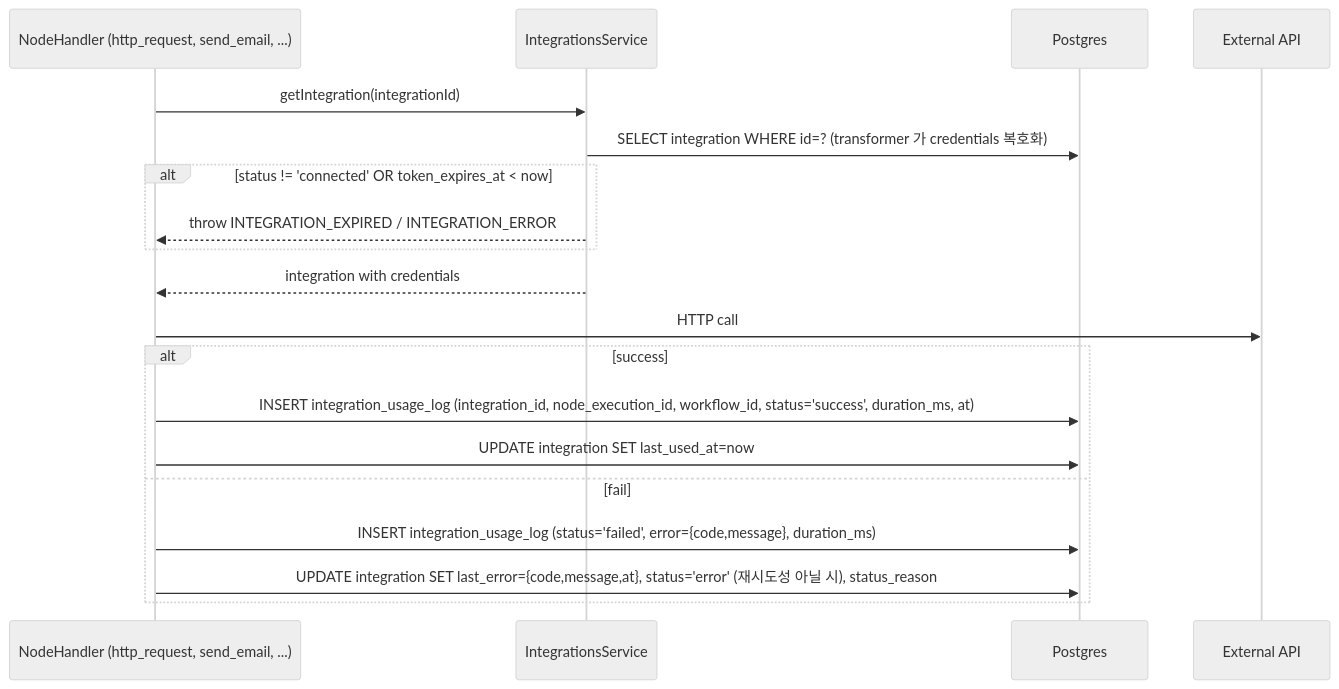
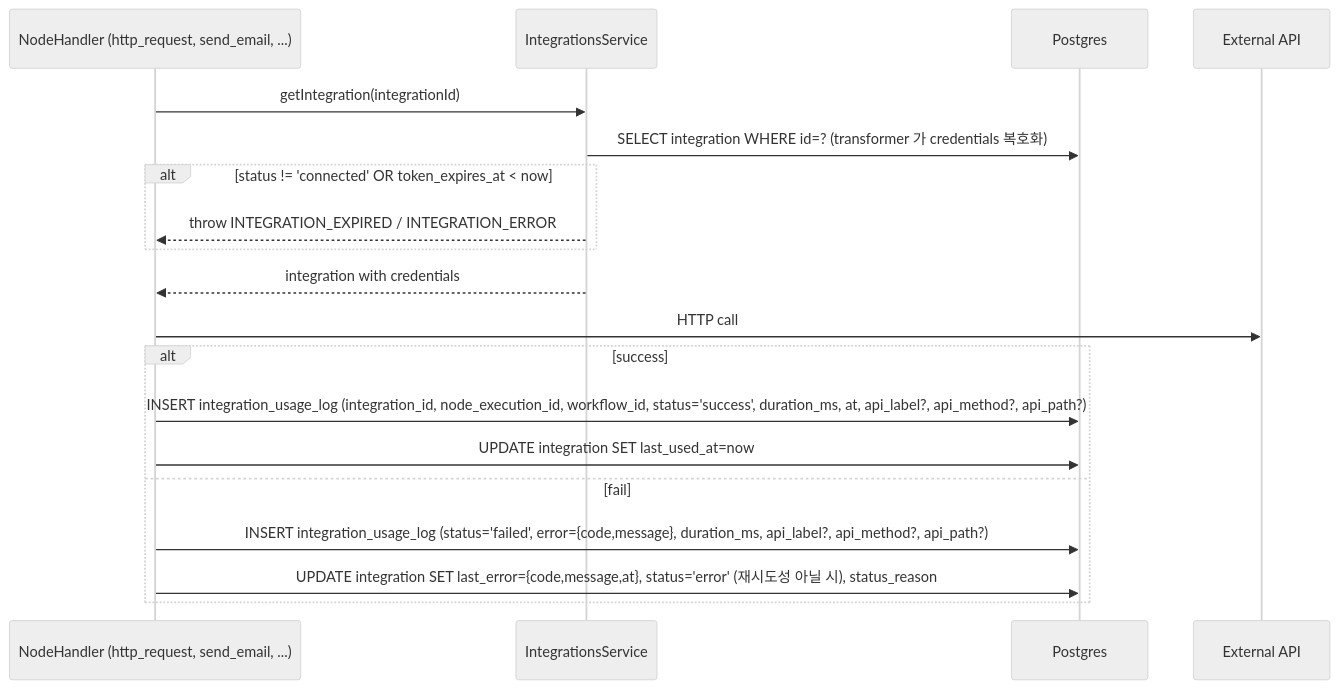
One commit to worker-ants/clemvion changed the fourth of 6 diagrams in spec/data-flow/5-integration.md. Above: the diagram before and after it, drawn with Mermaid (neutral theme). The commit also changed other lines of this file and 63 other files, not shown here.

First line of the commit message:
feat(integration): 활동 로그 API 식별 + catalog endpoint + cafe24 i18n dict (#338)

````diff
--- a/spec/data-flow/5-integration.md
+++ b/spec/data-flow/5-integration.md
@@ -105,22 +105,22 @@
 ```mermaid
 sequenceDiagram
   participant H as NodeHandler (http_request, send_email, ...)
   participant Svc as IntegrationsService
   participant PG as Postgres
   participant Ext as External API
 
   H->>Svc: getIntegration(integrationId)
   Svc->>PG: SELECT integration WHERE id=? (transformer 가 credentials 복호화)
   alt status != 'connected' OR token_expires_at < now
     Svc-->>H: throw INTEGRATION_EXPIRED / INTEGRATION_ERROR
   end
   Svc-->>H: integration with credentials
   H->>Ext: HTTP call
   alt success
-    H->>PG: INSERT integration_usage_log (integration_id, node_execution_id, workflow_id, status='success', duration_ms, at)
+    H->>PG: INSERT integration_usage_log (integration_id, node_execution_id, workflow_id, status='success', duration_ms, at, api_label?, api_method?, api_path?)
     H->>PG: UPDATE integration SET last_used_at=now
   else fail
-    H->>PG: INSERT integration_usage_log (status='failed', error={code,message}, duration_ms)
+    H->>PG: INSERT integration_usage_log (status='failed', error={code,message}, duration_ms, api_label?, api_method?, api_path?)
     H->>PG: UPDATE integration SET last_error={code,message,at}, status='error' (재시도성 아닐 시), status_reason
   end
 ```
````
